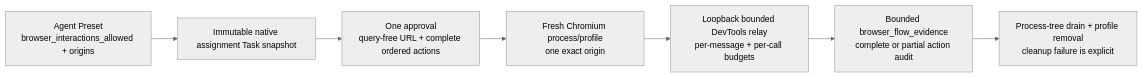
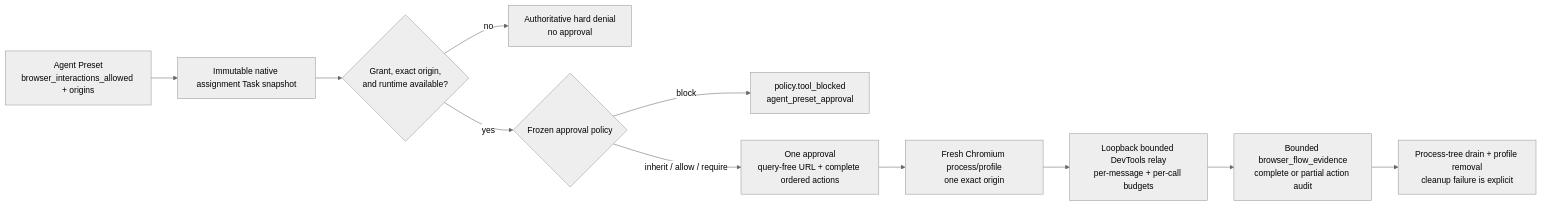
The seventh of 7 diagrams in docs/contributor/architecture.md (chicoxyzzy/hecate), drawn with Mermaid (neutral theme) before and after one commit. The commit also changed other lines of this file and 40 other files, not shown here.

Commit message:
feat(runtime): enforce agent preset approval policies

````diff
--- a/docs/contributor/architecture.md
+++ b/docs/contributor/architecture.md
@@ -632,9 +647,13 @@
 ```mermaid
 flowchart LR
     Preset["Agent Preset<br/>browser_interactions_allowed + origins"] --> Snapshot["Immutable native assignment Task snapshot"]
-    Snapshot --> Approval["One approval<br/>query-free URL + complete ordered actions"]
+    Snapshot --> Eligibility{"Grant, exact origin,<br/>and runtime available?"}
+    Eligibility -->|"no"| HardDenied["Authoritative hard denial<br/>no approval"]
+    Eligibility -->|"yes"| PresetPolicy{"Frozen approval policy"}
+    PresetPolicy -->|"block"| PolicyDenied["policy.tool_blocked<br/>agent_preset_approval"]
+    PresetPolicy -->|"inherit / allow / require"| Approval["One approval<br/>query-free URL + complete ordered actions"]
     Approval --> Browser["Fresh Chromium process/profile<br/>one exact origin"]
     Browser --> Relay["Loopback bounded DevTools relay<br/>per-message + per-call budgets"]
     Relay --> Evidence["Bounded browser_flow_evidence<br/>complete or partial action audit"]
     Evidence --> Teardown["Process-tree drain + profile removal<br/>cleanup failure is explicit"]
 ```
````
